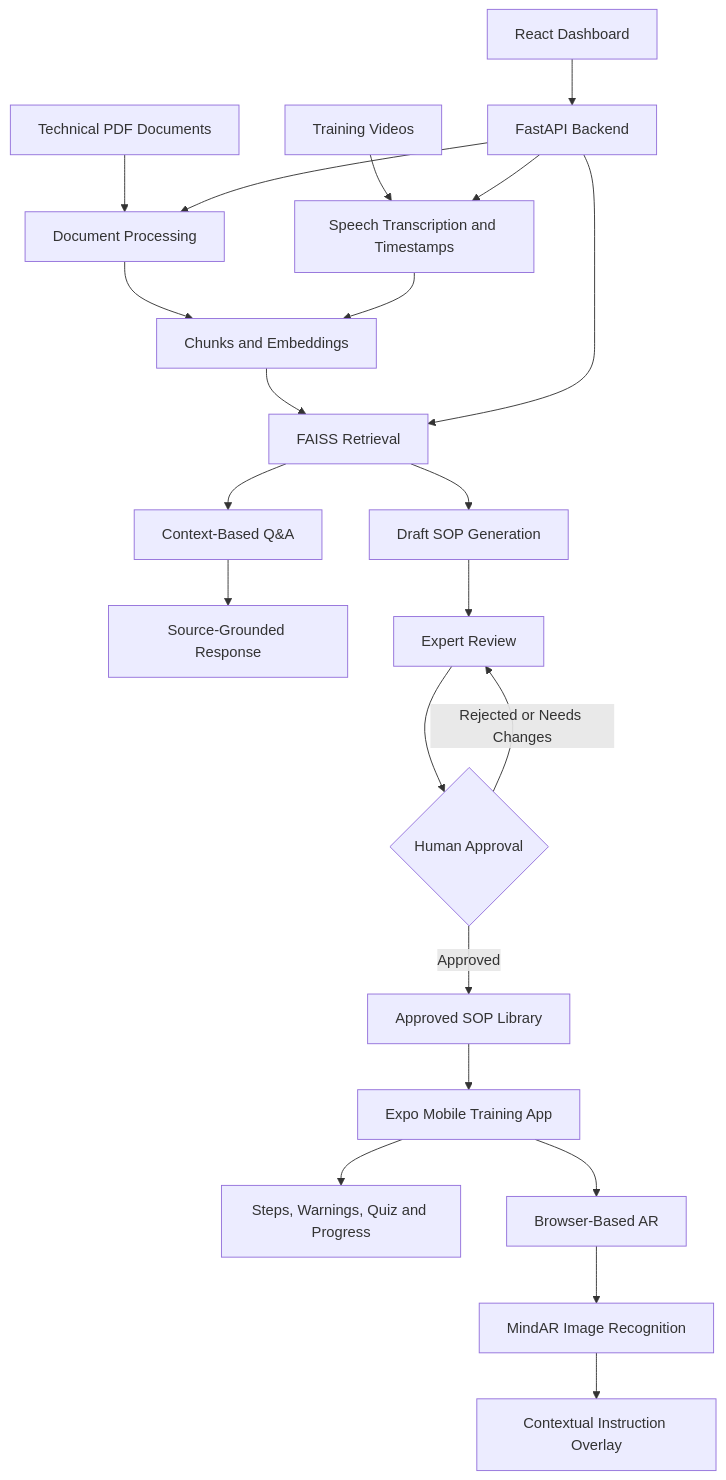
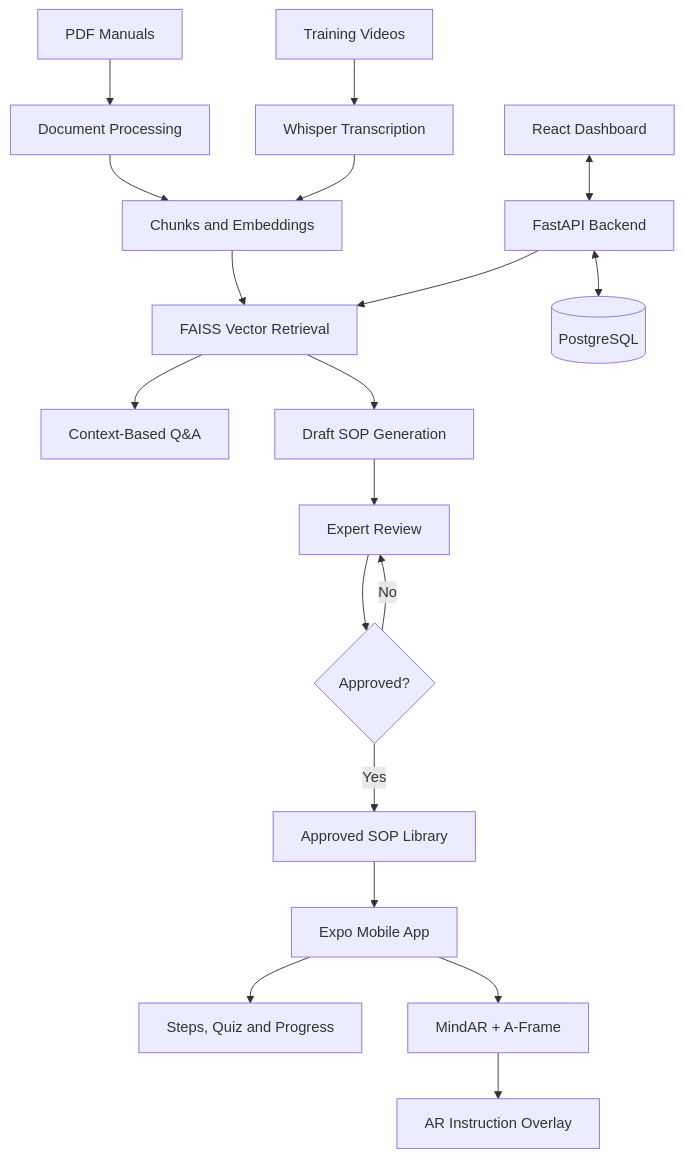
The first of 2 diagrams in README.md (madhavharshit/Kizuna-AI), drawn with Mermaid before and after one commit. The commit also changed other lines of this file and 1 other file, not shown here.

````diff
--- a/README.md
+++ b/README.md
@@ -269,30 +56,25 @@
 ```mermaid
 flowchart TD
-    A[Technical PDF Documents] --> B[Document Processing]
-    C[Training Videos] --> D[Speech Transcription and Timestamps]
-
+    A[PDF Manuals] --> B[Document Processing]
+    C[Training Videos] --> D[Whisper Transcription]
     B --> E[Chunks and Embeddings]
     D --> E
-    E --> F[FAISS Retrieval]
+    E --> F[FAISS Vector Retrieval]
 
-    G[React Dashboard] --> H[FastAPI Backend]
-    H --> B
-    H --> D
+    G[React Dashboard] <--> H[FastAPI Backend]
     H --> F
-
     F --> I[Context-Based Q&A]
     F --> J[Draft SOP Generation]
 
-    I --> K[Source-Grounded Response]
-    J --> L[Expert Review]
-    L --> M{Human Approval}
+    J --> K[Expert Review]
+    K --> L{Approved?}
+    L -->|Yes| M[Approved SOP Library]
+    L -->|No| K
 
-    M -->|Approved| N[Approved SOP Library]
-    M -->|Rejected or Needs Changes| L
+    M --> N[Expo Mobile App]
+    N --> O[Steps, Quiz and Progress]
+    N --> P[MindAR + A-Frame]
+    P --> Q[AR Instruction Overlay]
 
-    N --> O[Expo Mobile Training App]
-    O --> P[Steps, Warnings, Quiz and Progress]
-    O --> Q[Browser-Based AR]
-    Q --> R[MindAR Image Recognition]
-    R --> S[Contextual Instruction Overlay]
+    H <--> R[(PostgreSQL)]
 ```
````
